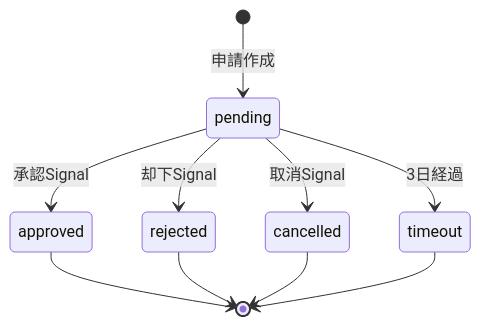
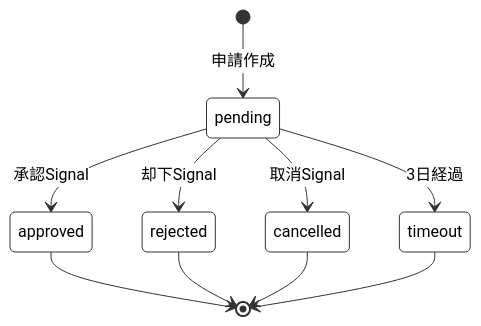
One commit to tokiwa-org/temporal changed the fourth of 4 diagrams in docs/temporal.md. Above: the diagram before and after it, drawn with Mermaid. The commit also changed other lines of this file, not shown here.

First line of the commit message:
Mermaid図に白背景・黒文字・境界線を設定

````diff
--- a/docs/temporal.md
+++ b/docs/temporal.md
@@ -594,12 +597,13 @@
 ```mermaid
+%%{init: {'theme': 'base', 'themeVariables': {'primaryColor': '#ffffff', 'primaryTextColor': '#000000', 'primaryBorderColor': '#333333', 'lineColor': '#333333'}}}%%
 stateDiagram-v2
     [*] --> pending : 申請作成
     pending --> approved : 承認Signal
     pending --> rejected : 却下Signal
     pending --> cancelled : 取消Signal
     pending --> timeout : 3日経過
     approved --> [*]
     rejected --> [*]
     cancelled --> [*]
     timeout --> [*]
 ```
````
